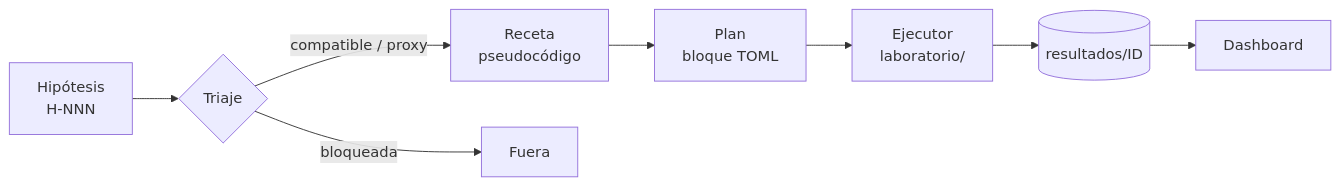
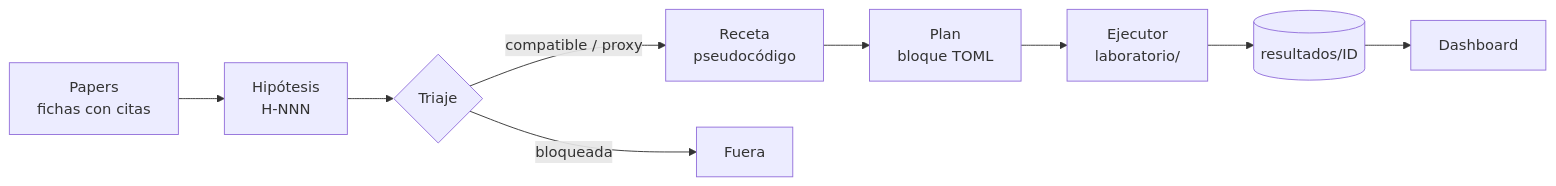
The diagram in README.md (daridoto/edge_factory), drawn with Mermaid before and after one commit. The commit also changed other lines of this file, not shown here.

Commit message:
README: origen de las hipótesis (pipeline de papers)

````diff
--- a/README.md
+++ b/README.md
@@ -29,10 +43,11 @@
 ```mermaid
 flowchart LR
-    A[Hipótesis<br/>H-NNN] --> B{Triaje}
+    P[Papers<br/>fichas con citas] --> A[Hipótesis<br/>H-NNN]
+    A --> B{Triaje}
     B -->|compatible / proxy| C[Receta<br/>pseudocódigo]
     B -->|bloqueada| X[Fuera]
     C --> D[Plan<br/>bloque TOML]
     D --> E[Ejecutor<br/>laboratorio/]
     E --> F[(resultados/ID)]
     F --> G[Dashboard]
 ```
````
